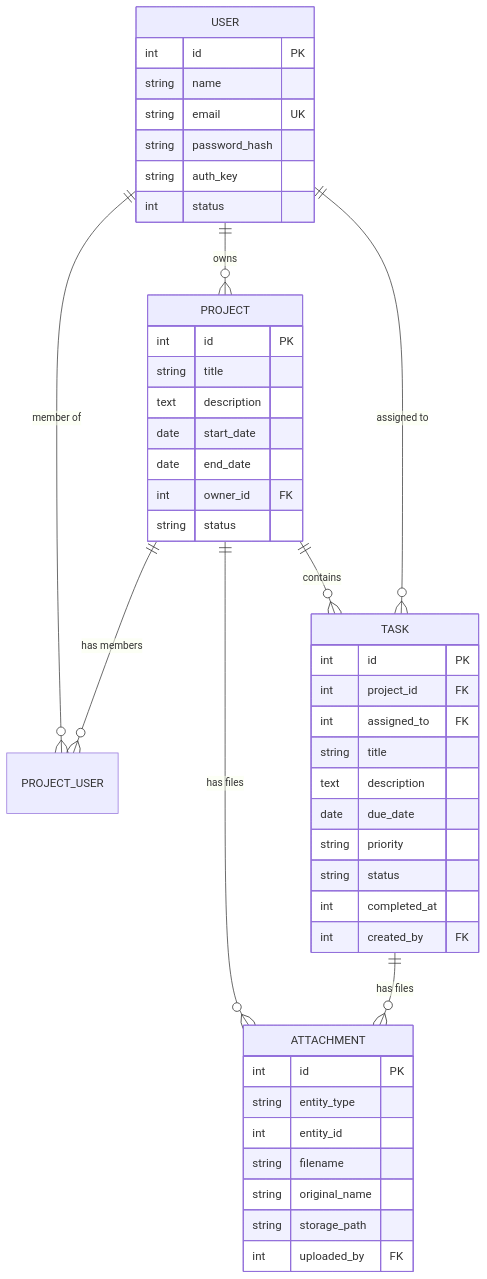
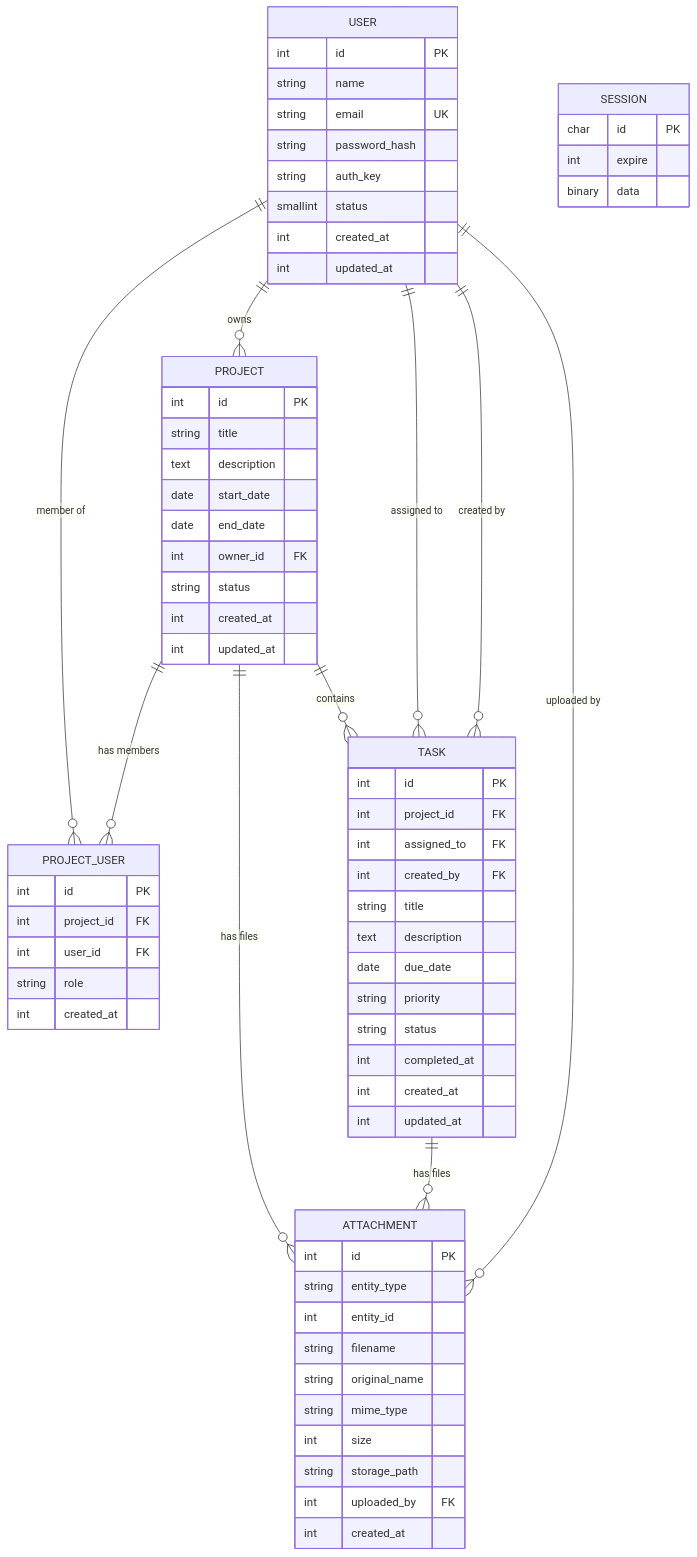
Before and after one commit to thomazjb/dever.io: the diagram in README.md, drawn with Mermaid. The commit also changed other lines of this file and 2 other files, not shown here.

Commit message:
chore: implementing new relationships in DER

````diff
--- a/README.md
+++ b/README.md
@@ -301,52 +303,77 @@
 ```mermaid
 erDiagram
     USER ||--o{ PROJECT : "owns"
     USER ||--o{ PROJECT_USER : "member of"
     PROJECT ||--o{ PROJECT_USER : "has members"
     PROJECT ||--o{ TASK : "contains"
     USER ||--o{ TASK : "assigned to"
+    USER ||--o{ TASK : "created by"
     PROJECT ||--o{ ATTACHMENT : "has files"
     TASK ||--o{ ATTACHMENT : "has files"
+    USER ||--o{ ATTACHMENT : "uploaded by"
 
     USER {
         int id PK
         string name
         string email UK
         string password_hash
         string auth_key
-        int status
+        smallint status
+        int created_at
+        int updated_at
     }
 
     PROJECT {
         int id PK
         string title
         text description
         date start_date
         date end_date
         int owner_id FK
         string status
+        int created_at
+        int updated_at
+    }
+
+    PROJECT_USER {
+        int id PK
+        int project_id FK
+        int user_id FK
+        string role
+        int created_at
     }
 
     TASK {
         int id PK
         int project_id FK
         int assigned_to FK
+        int created_by FK
         string title
         text description
         date due_date
         string priority
         string status
         int completed_at
-        int created_by FK
+        int created_at
+        int updated_at
     }
 
     ATTACHMENT {
         int id PK
         string entity_type
         int entity_id
         string filename
         string original_name
+        string mime_type
+        int size
         string storage_path
         int uploaded_by FK
+        int created_at
+    }
+
+    SESSION {
+        char id PK
+        int expire
+        binary data
     }
 ```
````
